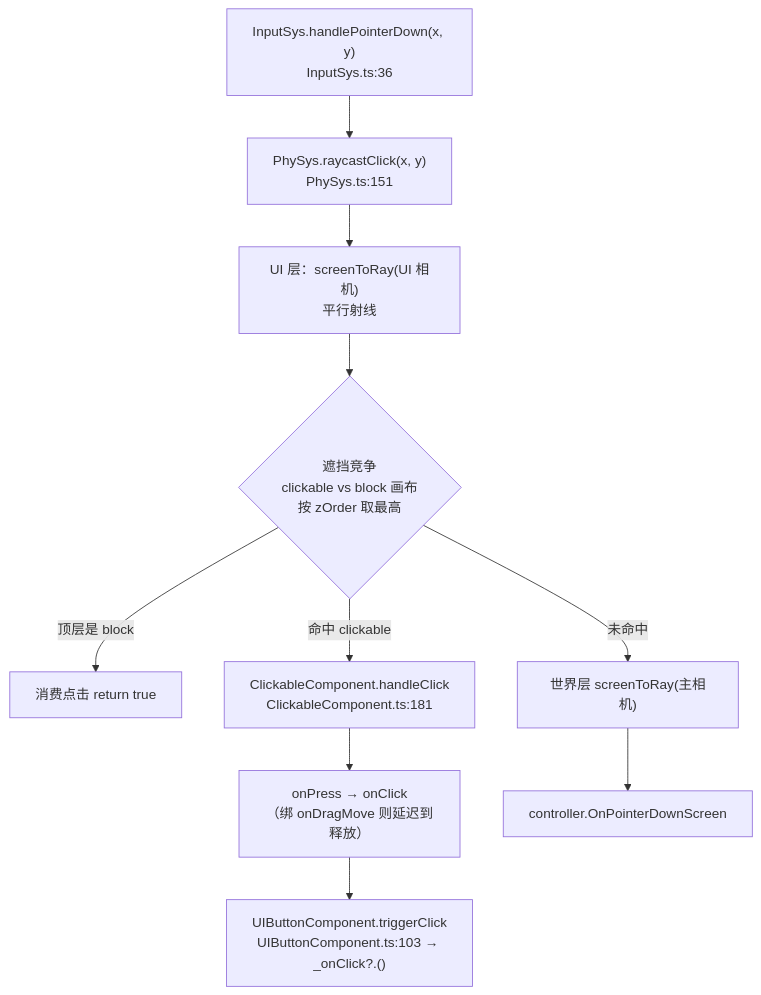
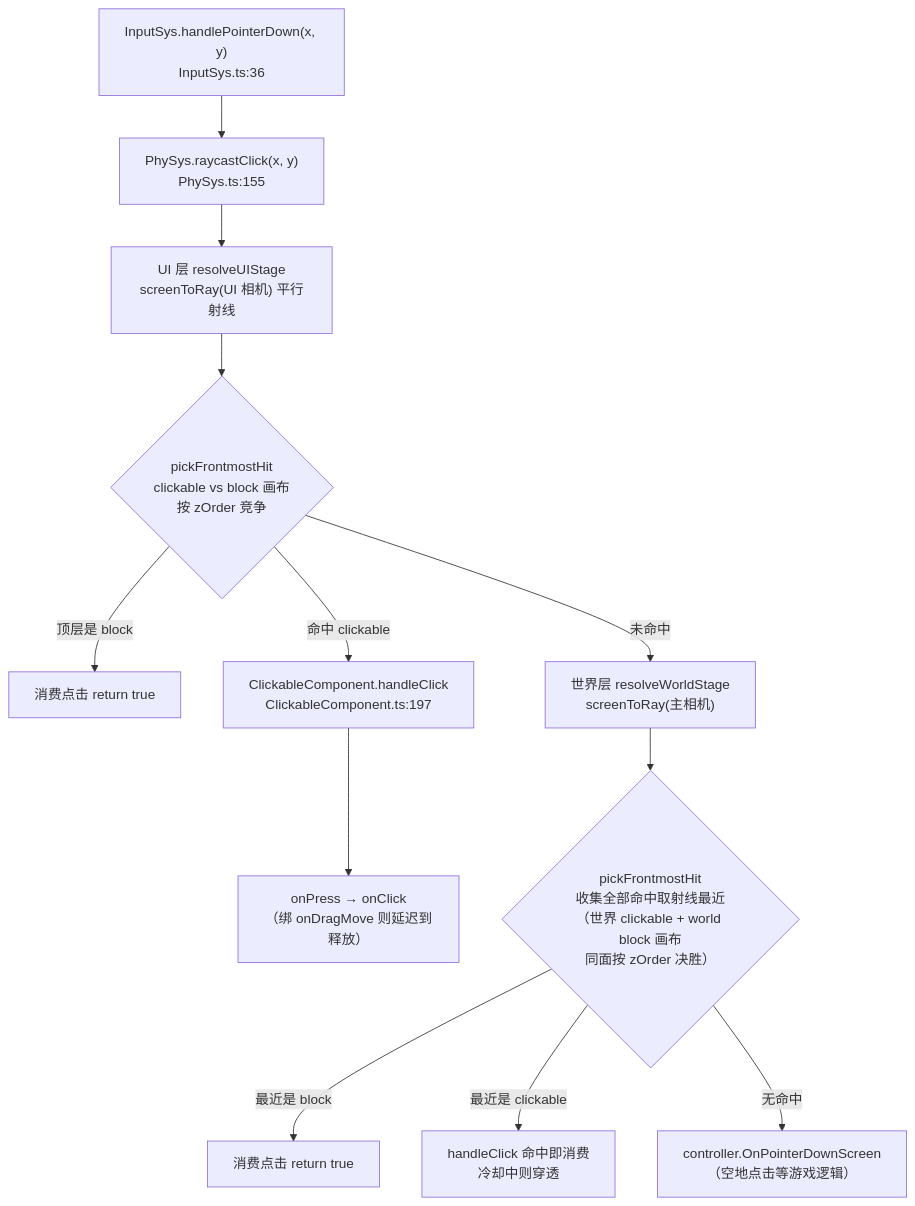
Before and after one commit to Kaplc/DemoStudio: the second of 2 diagrams in doc/engine/ui_system.md, drawn with Mermaid. The commit also changed other lines of this file and 6 other files, not shown here.

````diff
--- a/doc/engine/ui_system.md
+++ b/doc/engine/ui_system.md
@@ -199,12 +199,14 @@
 ```mermaid
 flowchart TD
-    A["InputSys.handlePointerDown(x, y)<br/>InputSys.ts:36"] --> B["PhySys.raycastClick(x, y)<br/>PhySys.ts:151"]
-    B --> C["UI 层：screenToRay(UI 相机)<br/>平行射线"]
-    C --> D{"遮挡竞争<br/>clickable vs block 画布<br/>按 zOrder 取最高"}
+    A["InputSys.handlePointerDown(x, y)<br/>InputSys.ts:36"] --> B["PhySys.raycastClick(x, y)<br/>PhySys.ts:155"]
+    B --> C["UI 层 resolveUIStage<br/>screenToRay(UI 相机) 平行射线"]
+    C --> D{"pickFrontmostHit<br/>clickable vs block 画布<br/>按 zOrder 竞争"}
     D -->|"顶层是 block"| E["消费点击 return true"]
-    D -->|"命中 clickable"| F["ClickableComponent.handleClick<br/>ClickableComponent.ts:181"]
+    D -->|"命中 clickable"| F["ClickableComponent.handleClick<br/>ClickableComponent.ts:197"]
     F --> G["onPress → onClick<br/>（绑 onDragMove 则延迟到释放）"]
-    G --> H["UIButtonComponent.triggerClick<br/>UIButtonComponent.ts:103 → _onClick?.()"]
-    D -->|"未命中"| J["世界层 screenToRay(主相机)"]
-    J --> K["controller.OnPointerDownScreen"]
+    D -->|"未命中"| J["世界层 resolveWorldStage<br/>screenToRay(主相机)"]
+    J --> K{"pickFrontmostHit<br/>收集全部命中取射线最近<br/>（世界 clickable + world block 画布<br/>同面按 zOrder 决胜）"}
+    K -->|"最近是 block"| L["消费点击 return true"]
+    K -->|"最近是 clickable"| M["handleClick 命中即消费<br/>冷却中则穿透"]
+    K -->|"无命中"| N["controller.OnPointerDownScreen<br/>（空地点击等游戏逻辑）"]
 ```
````
